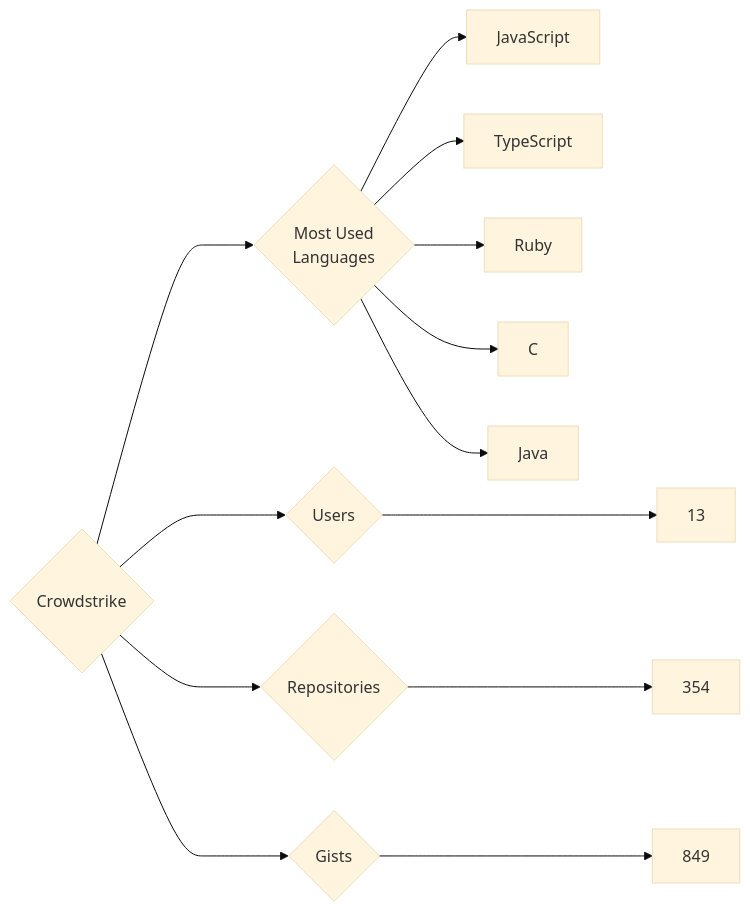
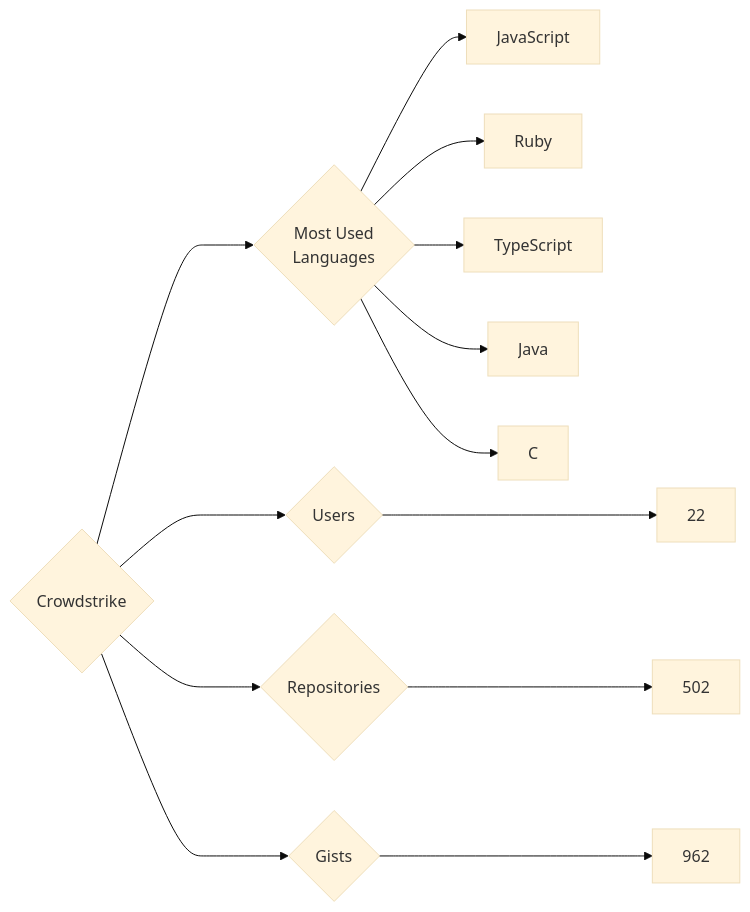
The diagram in targets/Crowdstrike/README.md (trickest/insiders), drawn with Mermaid (base theme) before and after one commit. The commit also changed 644 other files, not shown here.

````diff
--- a/targets/Crowdstrike/README.md
+++ b/targets/Crowdstrike/README.md
@@ -3,13 +3,13 @@
 ```mermaid
 graph LR
 COMPANY_NAME{Crowdstrike}
-COMPANY_NAME ---> U{Users} ---> UN[13]
-COMPANY_NAME ---> R{Repositories} ---> RN[354]
-COMPANY_NAME ---> G{Gists} ---> GN[849]
+COMPANY_NAME ---> U{Users} ---> UN[22]
+COMPANY_NAME ---> R{Repositories} ---> RN[502]
+COMPANY_NAME ---> G{Gists} ---> GN[962]
 COMPANY_NAME ---> ML{Most Used<br>Languages}
 ML --> JavaScript[JavaScript]
+ML --> Ruby[Ruby]
 ML --> TypeScript[TypeScript]
-ML --> Ruby[Ruby]
+ML --> Java[Java]
 ML --> C[C]
-ML --> Java[Java]
 ```
````
